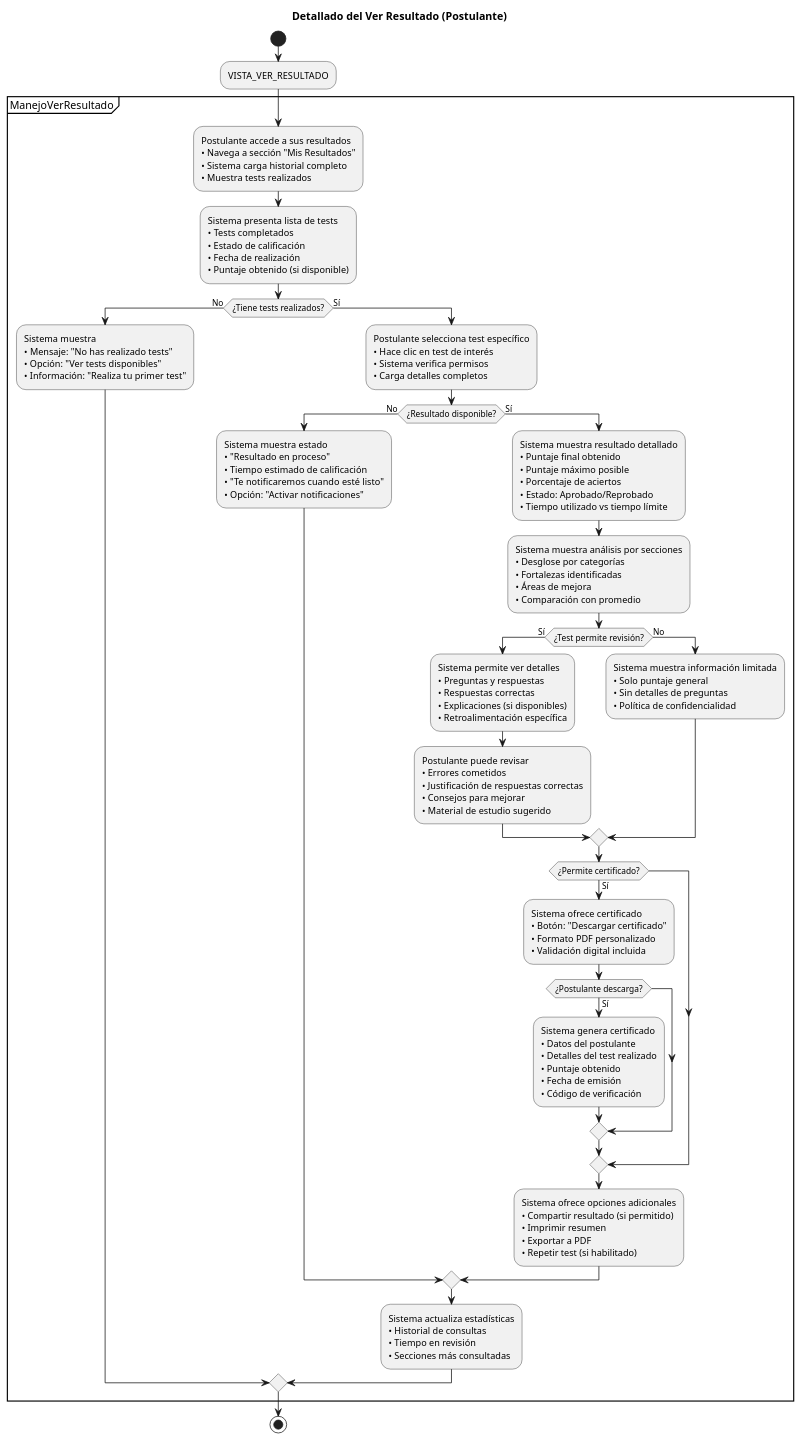
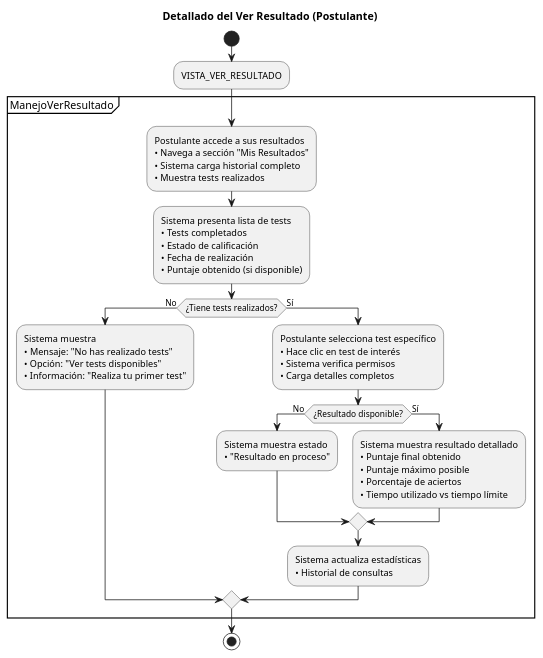
One commit to Dievex/24-25-IdSw1-SDR changed the diagram in casos_de_uso/diagramas_casos_de_uso_detallados/ver_resultados.puml. Above: the diagram before and after it, drawn with PlantUML.

Commit message:
resultados_ modificados

```diff
--- a/casos_de_uso/diagramas_casos_de_uso_detallados/ver_resultados.puml
+++ b/casos_de_uso/diagramas_casos_de_uso_detallados/ver_resultados.puml
@@ -1,111 +1,57 @@
 @startuml
 title Detallado del Ver Resultado (Postulante)
 
 start
 
 :VISTA_VER_RESULTADO;
 
 partition ManejoVerResultado {
   
   :Postulante accede a sus resultados
   • Navega a sección "Mis Resultados"
   • Sistema carga historial completo
   • Muestra tests realizados;
   
   :Sistema presenta lista de tests
   • Tests completados
   • Estado de calificación
   • Fecha de realización
   • Puntaje obtenido (si disponible);
   
   if (¿Tiene tests realizados?) then (No)
     :Sistema muestra
     • Mensaje: "No has realizado tests"
     • Opción: "Ver tests disponibles"
     • Información: "Realiza tu primer test";
     
   else (Sí)
     :Postulante selecciona test específico
     • Hace clic en test de interés
     • Sistema verifica permisos
     • Carga detalles completos;
     
     if (¿Resultado disponible?) then (No)
       :Sistema muestra estado
-      • "Resultado en proceso"
-      • Tiempo estimado de calificación
-      • "Te notificaremos cuando esté listo"
-      • Opción: "Activar notificaciones";
+      • "Resultado en proceso";
+      
       
     else (Sí)
       :Sistema muestra resultado detallado
       • Puntaje final obtenido
       • Puntaje máximo posible
       • Porcentaje de aciertos
-      • Estado: Aprobado/Reprobado
       • Tiempo utilizado vs tiempo límite;
       
-      :Sistema muestra análisis por secciones
-      • Desglose por categorías
-      • Fortalezas identificadas
-      • Áreas de mejora
-      • Comparación con promedio;
-      
-      if (¿Test permite revisión?) then (Sí)
-        :Sistema permite ver detalles
-        • Preguntas y respuestas
-        • Respuestas correctas
-        • Explicaciones (si disponibles)
-        • Retroalimentación específica;
-        
-        :Postulante puede revisar
-        • Errores cometidos
-        • Justificación de respuestas correctas
-        • Consejos para mejorar
-        • Material de estudio sugerido;
-        
-      else (No)
-        :Sistema muestra información limitada
-        • Solo puntaje general
-        • Sin detalles de preguntas
-        • Política de confidencialidad;
-        
-      endif
-      
-      if (¿Permite certificado?) then (Sí)
-        :Sistema ofrece certificado
-        • Botón: "Descargar certificado"
-        • Formato PDF personalizado
-        • Validación digital incluida;
-        
-        if (¿Postulante descarga?) then (Sí)
-          :Sistema genera certificado
-          • Datos del postulante
-          • Detalles del test realizado
-          • Puntaje obtenido
-          • Fecha de emisión
-          • Código de verificación;
-          
-        endif
-        
-      endif
-      
-      :Sistema ofrece opciones adicionales
-      • Compartir resultado (si permitido)
-      • Imprimir resumen
-      • Exportar a PDF
-      • Repetir test (si habilitado);
       
     endif
     
     :Sistema actualiza estadísticas
-    • Historial de consultas
-    • Tiempo en revisión
-    • Secciones más consultadas;
+    • Historial de consultas;
+    
     
   endif
   
 }
 
 stop
 @enduml
```
